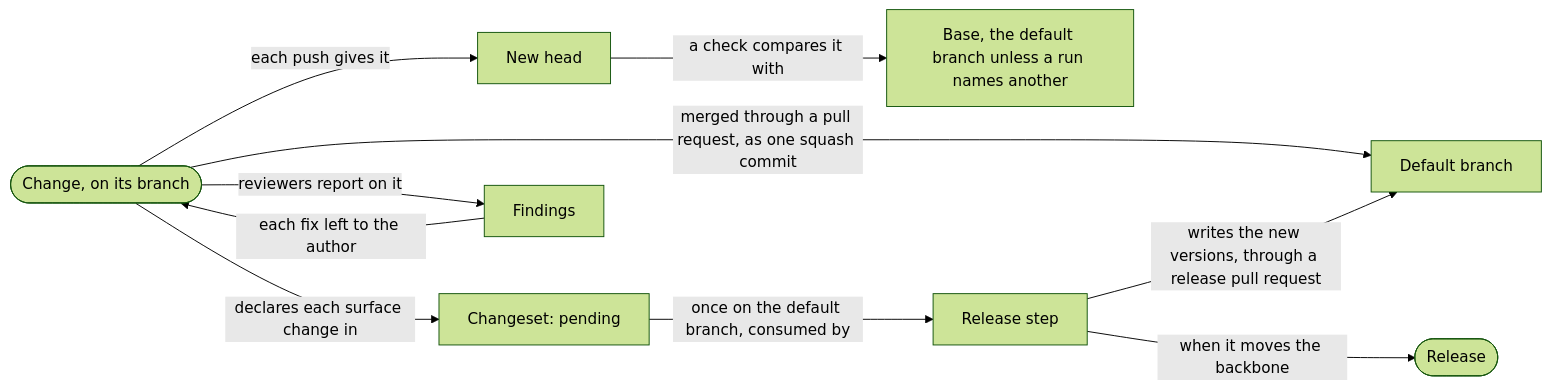
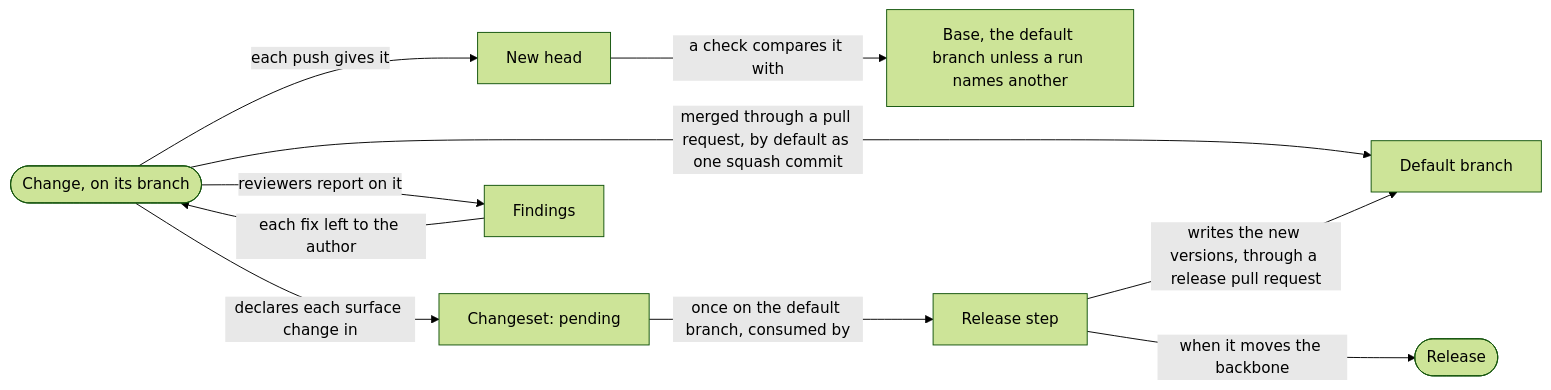
Before and after one commit to aleskalfas/project-kit: the second of 2 diagrams in tech-docs/analysis/core/domain-model/060-changes-review-and-releases.md, drawn with Mermaid (forest theme). The commit also changed other lines of this file and 2 other files, not shown here.

First line of the commit message:
docs(analysis): core views 040 to 060 mend the readers' findings under san

````diff
--- a/tech-docs/analysis/core/domain-model/060-changes-review-and-releases.md
+++ b/tech-docs/analysis/core/domain-model/060-changes-review-and-releases.md
@@ -130,14 +130,14 @@
 ```mermaid
 flowchart LR
   accTitle: How a change lands, and a release follows
-  accDescr: A change declares each surface change it makes in a changeset, which is pending from then on. Each push gives the change a new head, and a check compares that head with its base, the default branch unless a run names another. Reviewers report findings on the change, and leave each fix to its author. Merged through a pull request, the change lands on the default branch as one squash commit. The release step consumes every pending changeset there, and its writes land on the default branch through a release pull request. When it moves the backbone, it makes a release.
+  accDescr: A change declares each surface change it makes in a changeset, which is pending from then on. Each push gives the change a new head, and a check compares that head with its base, the default branch unless a run names another. Reviewers report findings on the change, and leave each fix to its author. Merged through a pull request into the default branch, the change lands, by default, as one squash commit. The release step consumes every pending changeset there, and its writes land on the default branch through a release pull request. When it moves the backbone, it makes a release.
   C([Change, on its branch]) -->|declares each surface change in| CS[Changeset: pending]
   C -->|each push gives it| H[New head]
   H -->|a check compares it with| B["Base, the default branch unless a run names another"]
   C -->|reviewers report on it| F[Findings]
   F -->|each fix left to the author| C
-  C -->|merged through a pull request, as one squash commit| D[Default branch]
+  C -->|merged through a pull request, by default as one squash commit| D[Default branch]
   CS -->|once on the default branch, consumed by| RS[Release step]
   RS -->|writes the new versions, through a release pull request| D
   RS -->|when it moves the backbone| RL([Release])
 ```
````
